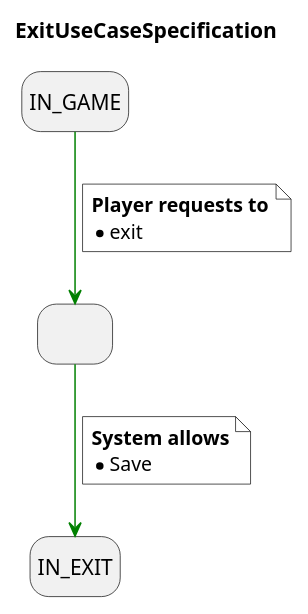
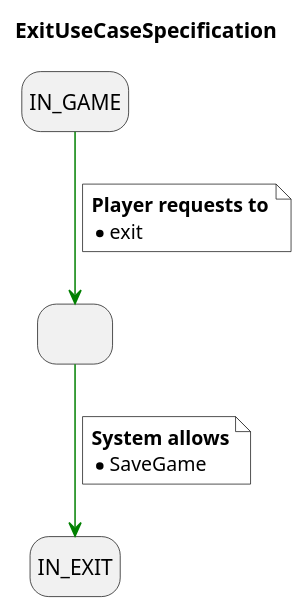
One commit to Master-Desarrollo-20-21/patrones-diseno---practica-final---juego-de-las-damas-fraylopez changed the diagram in docs/src/use-cases/specification/exit-spec.plantuml. Above: the diagram before and after it, drawn with PlantUML. The commit also changed 25 other files, not shown here.

Commit message:
new diagrams + update readme

```diff
--- a/docs/src/use-cases/specification/exit-spec.plantuml
+++ b/docs/src/use-cases/specification/exit-spec.plantuml
@@ -1,19 +1,19 @@
 @startuml ExitUseCaseSpecification
 title ExitUseCaseSpecification
 skinparam NoteBackgroundColor white
 hide empty description
 
 state exitDialog as " "
 
 IN_GAME -[#green]-> exitDialog
 note on link #white
   <b>Player requests to
   * exit
 end note
 exitDialog -[#green]-> IN_EXIT
 note on link #white
   <b>System allows
-  * Save
+  * SaveGame
 end note
 
 @enduml
```
